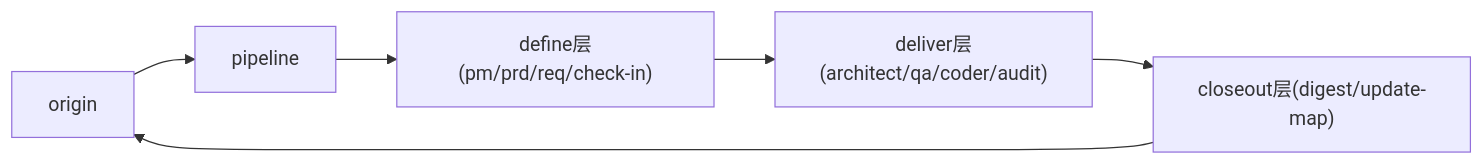
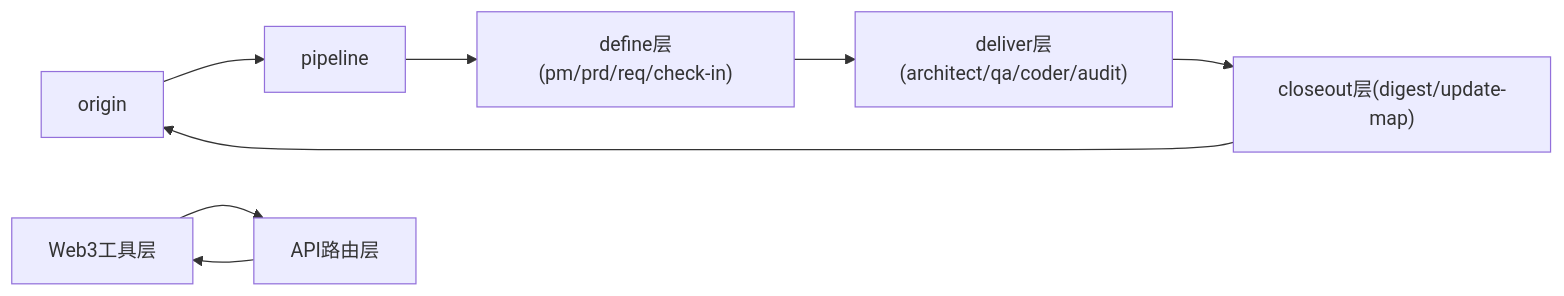
Before and after one commit to CryptoLinxu/Web3-AI-Agent: the fourth of 4 diagrams in .qoder/repowiki/zh/content/技能系统架构/技能系统架构.md, drawn with Mermaid. The commit also changed other lines of this file and 6 other files, not shown here.

````diff
--- a/.qoder/repowiki/zh/content/技能系统架构/技能系统架构.md
+++ b/.qoder/repowiki/zh/content/技能系统架构/技能系统架构.md
@@ -334,8 +455,10 @@
 ```mermaid
 graph LR
 OR["origin"] --> PL["pipeline"]
 PL --> DEF["define层(pm/prd/req/check-in)"]
 DEF --> DEL["deliver层(architect/qa/coder/audit)"]
 DEL --> CL["closeout层(digest/update-map)"]
 CL --> OR
+WT["Web3工具层"] --> API["API路由层"]
+API --> WT
 ```
````
